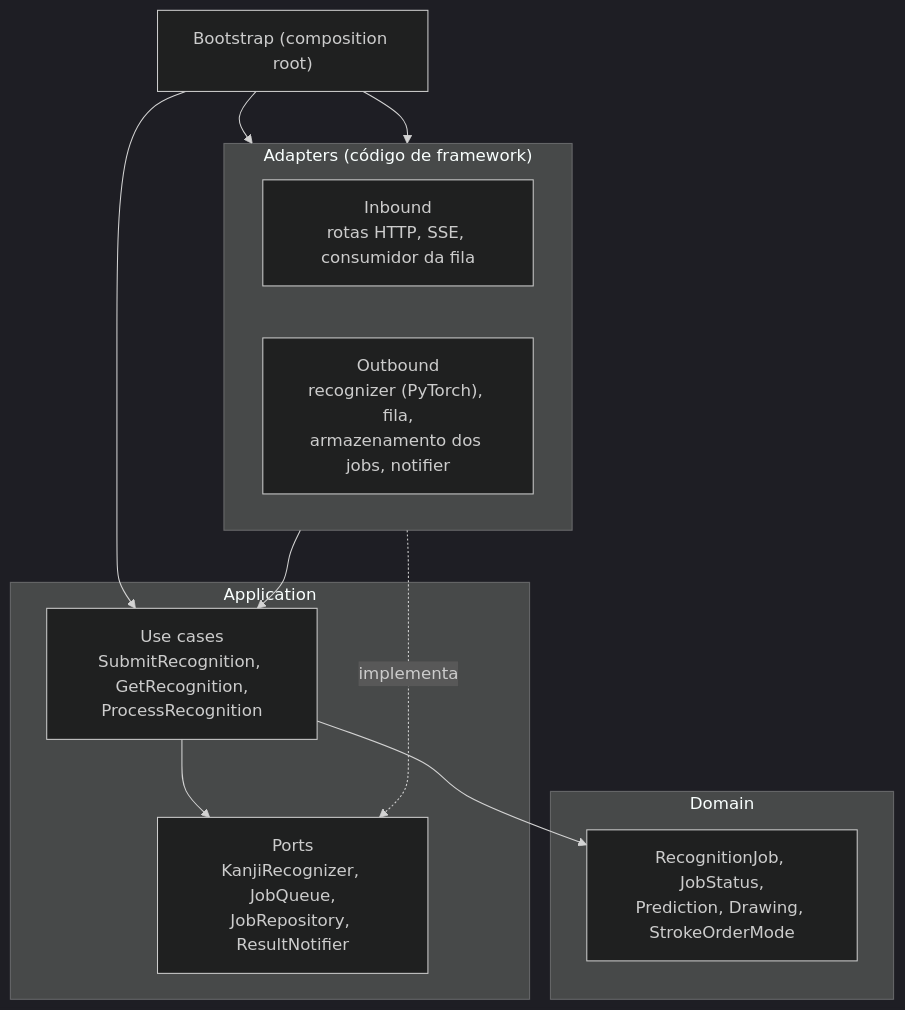
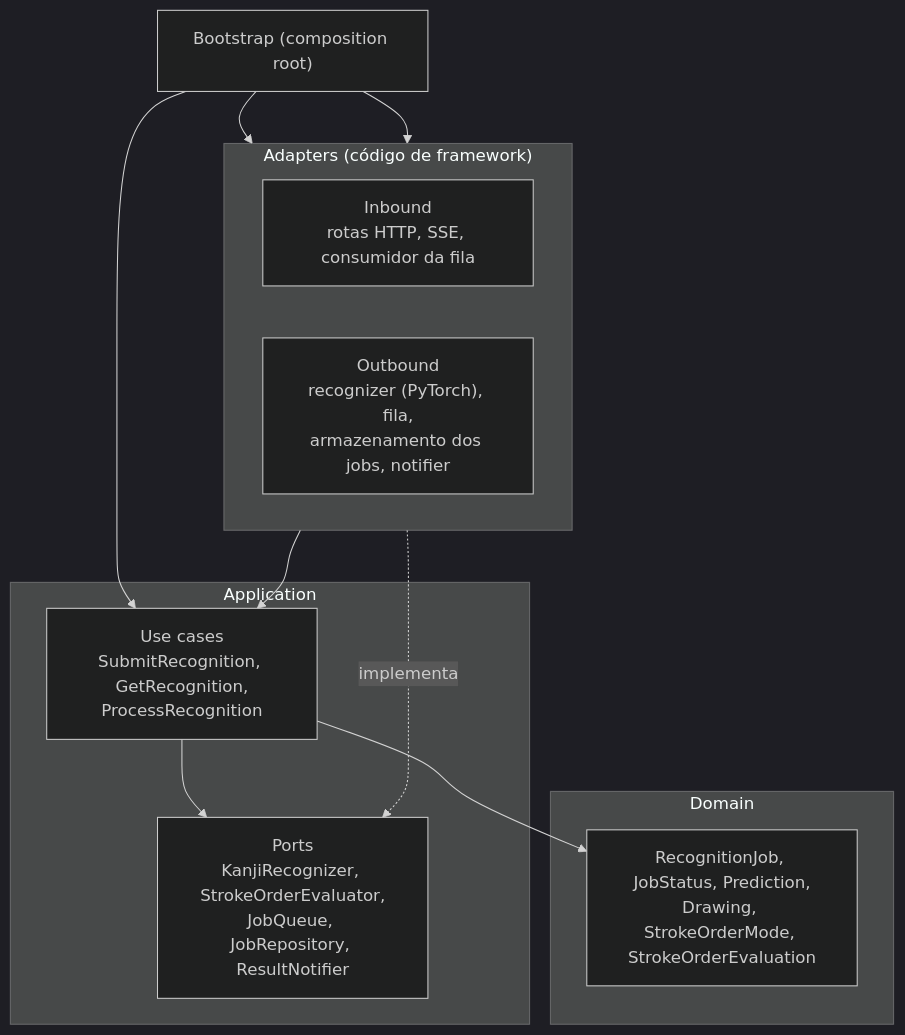
Before and after one commit to Asuka-Jyuku/kanji-lens: the second of 3 diagrams in docs/ARCHITECTURE.md, drawn with Mermaid (dark theme). The commit also changed other lines of this file and 15 other files, not shown here.

First line of the commit message:
docs(ml): make the ordered mode a stroke-order check against KanjiVG

````diff
--- a/docs/ARCHITECTURE.md
+++ b/docs/ARCHITECTURE.md
@@ -192,22 +221,22 @@
 ```mermaid
 flowchart TB
     subgraph adapters["Adapters (código de framework)"]
         direction LR
         inbound["Inbound<br/>rotas HTTP, SSE, consumidor da fila"]
         outbound["Outbound<br/>recognizer (PyTorch), fila,<br/>armazenamento dos jobs, notifier"]
     end
     subgraph application["Application"]
         usecases["Use cases<br/>SubmitRecognition, GetRecognition,<br/>ProcessRecognition"]
-        ports["Ports<br/>KanjiRecognizer, JobQueue,<br/>JobRepository, ResultNotifier"]
+        ports["Ports<br/>KanjiRecognizer, StrokeOrderEvaluator,<br/>JobQueue, JobRepository, ResultNotifier"]
     end
     subgraph domain["Domain"]
-        entities["RecognitionJob, JobStatus,<br/>Prediction, Drawing, StrokeOrderMode"]
+        entities["RecognitionJob, JobStatus, Prediction,<br/>Drawing, StrokeOrderMode, StrokeOrderEvaluation"]
     end
     bootstrap["Bootstrap (composition root)"]
 
     inbound --> usecases
     usecases --> ports
     usecases --> entities
     outbound -. implementa .-> ports
     bootstrap --> inbound & outbound & usecases
 ```
````
